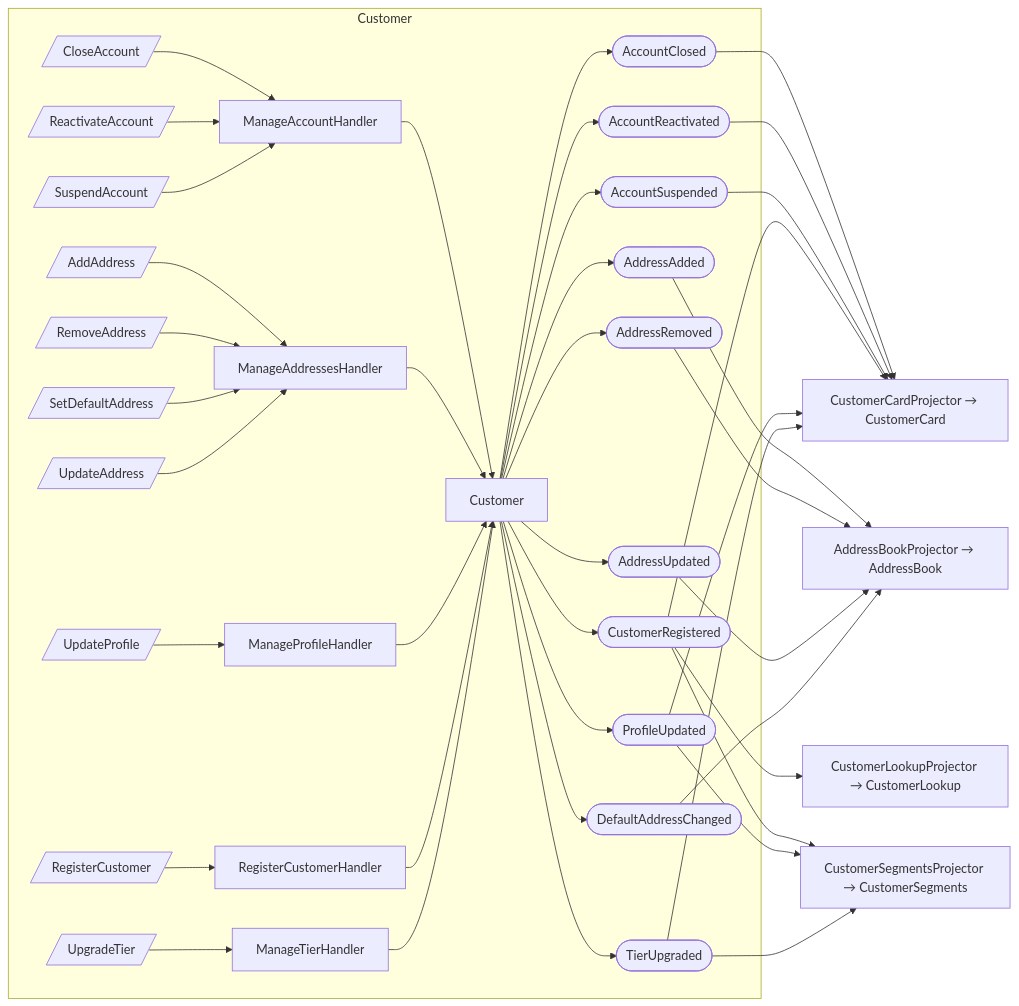
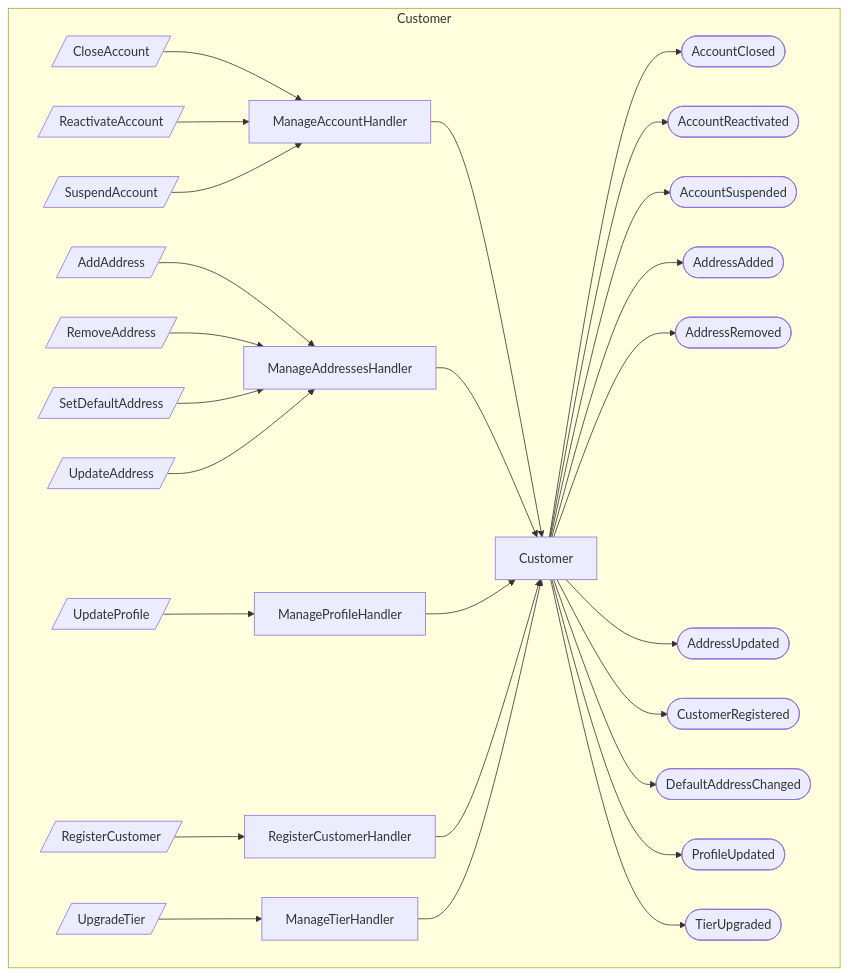
One commit to proteanhq/shopstream changed the first of 2 diagrams in docs/identity/event-flows.md. Above: the diagram before and after it, drawn with Mermaid. The commit also changed other lines of this file and 24 other files, not shown here.

First line of the commit message:
Regenerate docs with improved Mermaid diagrams from upstream Protean fixes

````diff
--- a/docs/identity/event-flows.md
+++ b/docs/identity/event-flows.md
@@ -3,74 +3,56 @@
 ```mermaid
-flowchart LR
+flowchart TD
     subgraph identity_customer_customer_Customer[Customer]
         agg_identity_customer_customer_Customer[Customer]
         cmd_identity_customer_account_CloseAccount[/CloseAccount/]
         cmd_identity_customer_account_ReactivateAccount[/ReactivateAccount/]
         cmd_identity_customer_account_SuspendAccount[/SuspendAccount/]
         cmd_identity_customer_addresses_AddAddress[/AddAddress/]
         cmd_identity_customer_addresses_RemoveAddress[/RemoveAddress/]
         cmd_identity_customer_addresses_SetDefaultAddress[/SetDefaultAddress/]
         cmd_identity_customer_addresses_UpdateAddress[/UpdateAddress/]
         cmd_identity_customer_profile_UpdateProfile[/UpdateProfile/]
         cmd_identity_customer_registration_RegisterCustomer[/RegisterCustomer/]
         cmd_identity_customer_tier_UpgradeTier[/UpgradeTier/]
         evt_identity_customer_events_AccountClosed([AccountClosed])
         evt_identity_customer_events_AccountReactivated([AccountReactivated])
         evt_identity_customer_events_AccountSuspended([AccountSuspended])
         evt_identity_customer_events_AddressAdded([AddressAdded])
         evt_identity_customer_events_AddressRemoved([AddressRemoved])
         evt_identity_customer_events_AddressUpdated([AddressUpdated])
         evt_identity_customer_events_CustomerRegistered([CustomerRegistered])
         evt_identity_customer_events_DefaultAddressChanged([DefaultAddressChanged])
         evt_identity_customer_events_ProfileUpdated([ProfileUpdated])
         evt_identity_customer_events_TierUpgraded([TierUpgraded])
         hdlr_identity_customer_account_ManageAccountHandler[ManageAccountHandler]
         hdlr_identity_customer_addresses_ManageAddressesHandler[ManageAddressesHandler]
         hdlr_identity_customer_profile_ManageProfileHandler[ManageProfileHandler]
         hdlr_identity_customer_registration_RegisterCustomerHandler[RegisterCustomerHandler]
         hdlr_identity_customer_tier_ManageTierHandler[ManageTierHandler]
     end
     cmd_identity_customer_account_CloseAccount --> hdlr_identity_customer_account_ManageAccountHandler
     cmd_identity_customer_account_ReactivateAccount --> hdlr_identity_customer_account_ManageAccountHandler
     cmd_identity_customer_account_SuspendAccount --> hdlr_identity_customer_account_ManageAccountHandler
     hdlr_identity_customer_account_ManageAccountHandler --> agg_identity_customer_customer_Customer
     cmd_identity_customer_addresses_AddAddress --> hdlr_identity_customer_addresses_ManageAddressesHandler
     cmd_identity_customer_addresses_RemoveAddress --> hdlr_identity_customer_addresses_ManageAddressesHandler
     cmd_identity_customer_addresses_SetDefaultAddress --> hdlr_identity_customer_addresses_ManageAddressesHandler
     cmd_identity_customer_addresses_UpdateAddress --> hdlr_identity_customer_addresses_ManageAddressesHandler
     hdlr_identity_customer_addresses_ManageAddressesHandler --> agg_identity_customer_customer_Customer
     cmd_identity_customer_profile_UpdateProfile --> hdlr_identity_customer_profile_ManageProfileHandler
     hdlr_identity_customer_profile_ManageProfileHandler --> agg_identity_customer_customer_Customer
     cmd_identity_customer_registration_RegisterCustomer --> hdlr_identity_customer_registration_RegisterCustomerHandler
     hdlr_identity_customer_registration_RegisterCustomerHandler --> agg_identity_customer_customer_Customer
     cmd_identity_customer_tier_UpgradeTier --> hdlr_identity_customer_tier_ManageTierHandler
     hdlr_identity_customer_tier_ManageTierHandler --> agg_identity_customer_customer_Customer
     agg_identity_customer_customer_Customer --> evt_identity_customer_events_AccountClosed
     agg_identity_customer_customer_Customer --> evt_identity_customer_events_AccountReactivated
     agg_identity_customer_customer_Customer --> evt_identity_customer_events_AccountSuspended
     agg_identity_customer_customer_Customer --> evt_identity_customer_events_AddressAdded
     agg_identity_customer_customer_Customer --> evt_identity_customer_events_AddressRemoved
     agg_identity_customer_customer_Customer --> evt_identity_customer_events_AddressUpdated
     agg_identity_customer_customer_Customer --> evt_identity_customer_events_CustomerRegistered
     agg_identity_customer_customer_Customer --> evt_identity_customer_events_DefaultAddressChanged
     agg_identity_customer_customer_Customer --> evt_identity_customer_events_ProfileUpdated
     agg_identity_customer_customer_Customer --> evt_identity_customer_events_TierUpgraded
-    proj_identity_projections_address_book_AddressBookProjector[AddressBookProjector → AddressBook]
-    evt_identity_customer_events_AddressAdded --> proj_identity_projections_address_book_AddressBookProjector
-    evt_identity_customer_events_AddressRemoved --> proj_identity_projections_address_book_AddressBookProjector
-    evt_identity_customer_events_AddressUpdated --> proj_identity_projections_address_book_AddressBookProjector
-    evt_identity_customer_events_DefaultAddressChanged --> proj_identity_projections_address_book_AddressBookProjector
-    proj_identity_projections_customer_card_CustomerCardProjector[CustomerCardProjector → CustomerCard]
-    evt_identity_customer_events_AccountClosed --> proj_identity_projections_customer_card_CustomerCardProjector
-    evt_identity_customer_events_AccountReactivated --> proj_identity_projections_customer_card_CustomerCardProjector
-    evt_identity_customer_events_AccountSuspended --> proj_identity_projections_customer_card_CustomerCardProjector
-    evt_identity_customer_events_CustomerRegistered --> proj_identity_projections_customer_card_CustomerCardProjector
-    evt_identity_customer_events_ProfileUpdated --> proj_identity_projections_customer_card_CustomerCardProjector
-    evt_identity_customer_events_TierUpgraded --> proj_identity_projections_customer_card_CustomerCardProjector
-    proj_identity_projections_customer_lookup_CustomerLookupProjector[CustomerLookupProjector → CustomerLookup]
-    evt_identity_customer_events_CustomerRegistered --> proj_identity_projections_customer_lookup_CustomerLookupProjector
-    proj_identity_projections_customer_segments_CustomerSegmentsProjector[CustomerSegmentsProjector → CustomerSegments]
-    evt_identity_customer_events_CustomerRegistered --> proj_identity_projections_customer_segments_CustomerSegmentsProjector
-    evt_identity_customer_events_ProfileUpdated --> proj_identity_projections_customer_segments_CustomerSegmentsProjector
-    evt_identity_customer_events_TierUpgraded --> proj_identity_projections_customer_segments_CustomerSegmentsProjector
 ```
````
